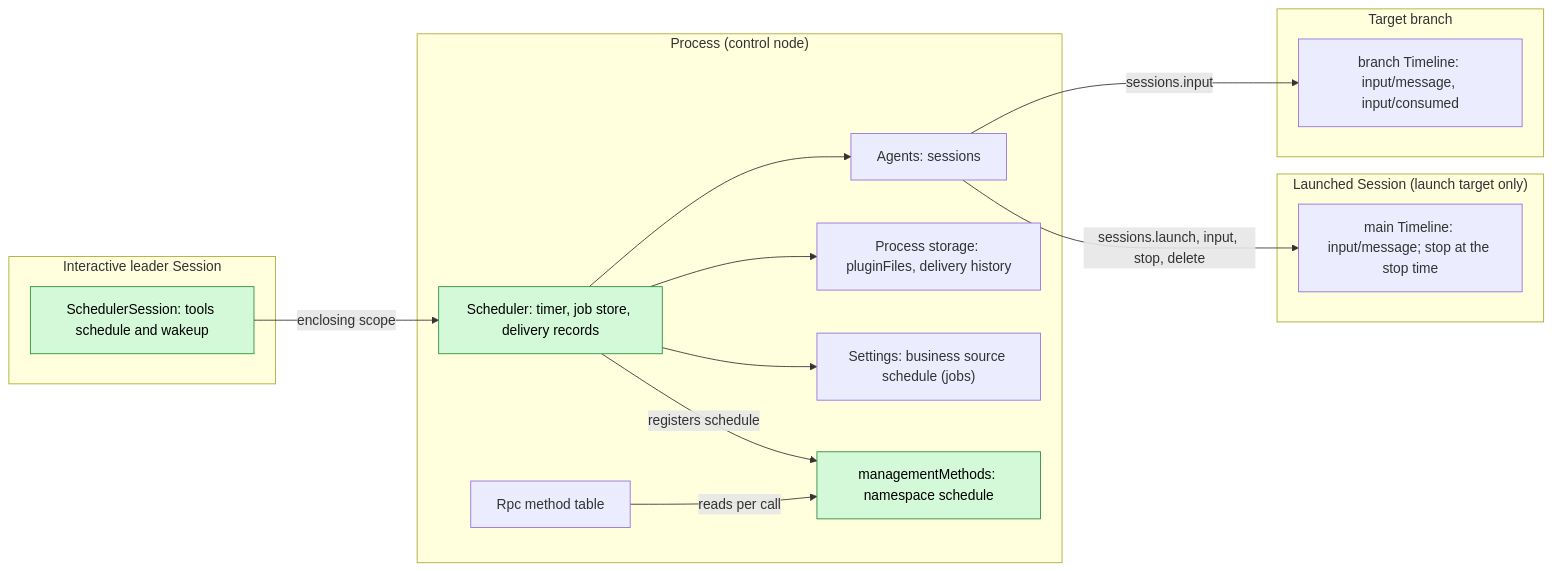
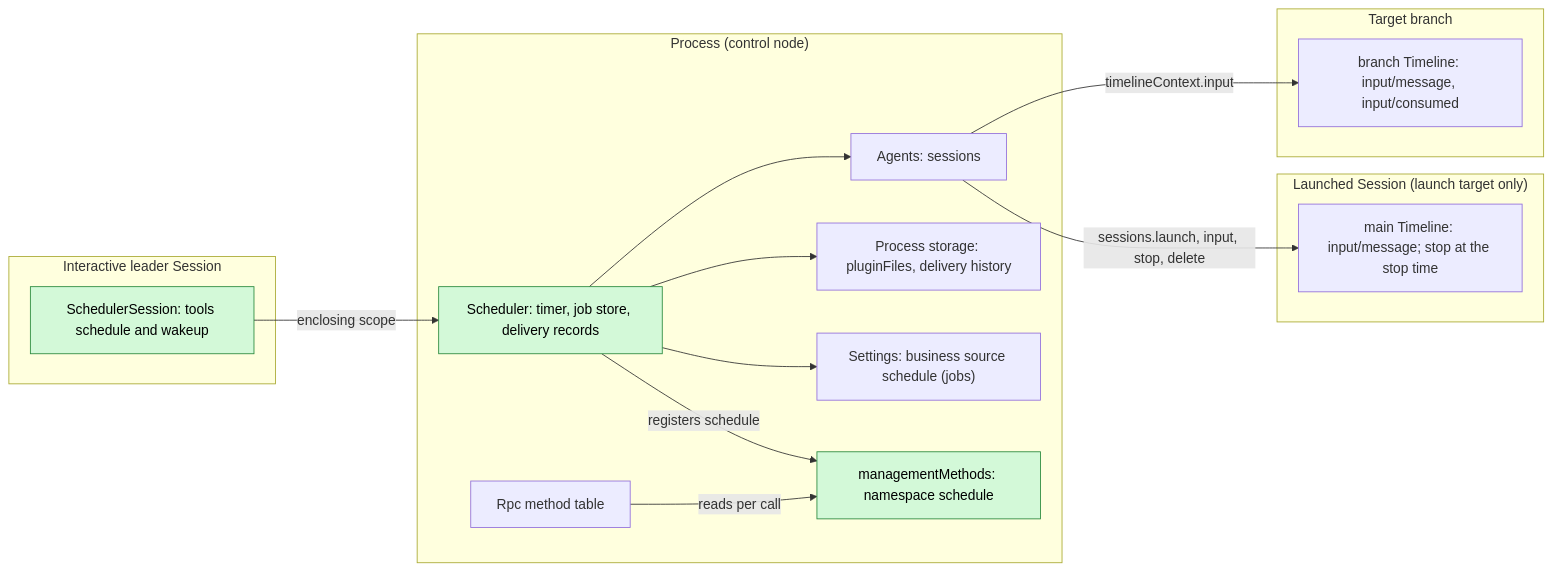
One commit to arcships/dim changed the first of 5 diagrams in docs/design/plugins/Scheduler.md. Above: the diagram before and after it, drawn with Mermaid. The commit also changed other lines of this file and 142 other files, not shown here.

````diff
--- a/docs/design/plugins/Scheduler.md
+++ b/docs/design/plugins/Scheduler.md
@@ -36,30 +40,30 @@
 ```mermaid
 flowchart LR
   subgraph PROC["Process (control node)"]
     Sched["Scheduler: timer, job store, delivery records"]
     MM["managementMethods: namespace schedule"]
     Agents["Agents: sessions"]
     Rpc["Rpc method table"]
     Store["Process storage: pluginFiles, delivery history"]
     Set["Settings: business source schedule (jobs)"]
   end
   subgraph SESS["Interactive leader Session"]
     Tool["SchedulerSession: tools schedule and wakeup"]
   end
   subgraph TGT["Target branch"]
     TL["branch Timeline: input/message, input/consumed"]
   end
   subgraph RUN["Launched Session (launch target only)"]
     RTL["main Timeline: input/message; stop at the stop time"]
   end
   Tool -->|"enclosing scope"| Sched
   Sched --> Agents
   Sched --> Store
   Sched --> Set
   Sched -->|"registers schedule"| MM
   Rpc -->|"reads per call"| MM
-  Agents -->|"sessions.input"| TL
+  Agents -->|"timelineContext.input"| TL
   Agents -->|"sessions.launch, input, stop, delete"| RTL
   classDef new fill:#d3f9d8,stroke:#2b8a3e,color:#000
   class Sched,MM,Tool new
 ```
````
